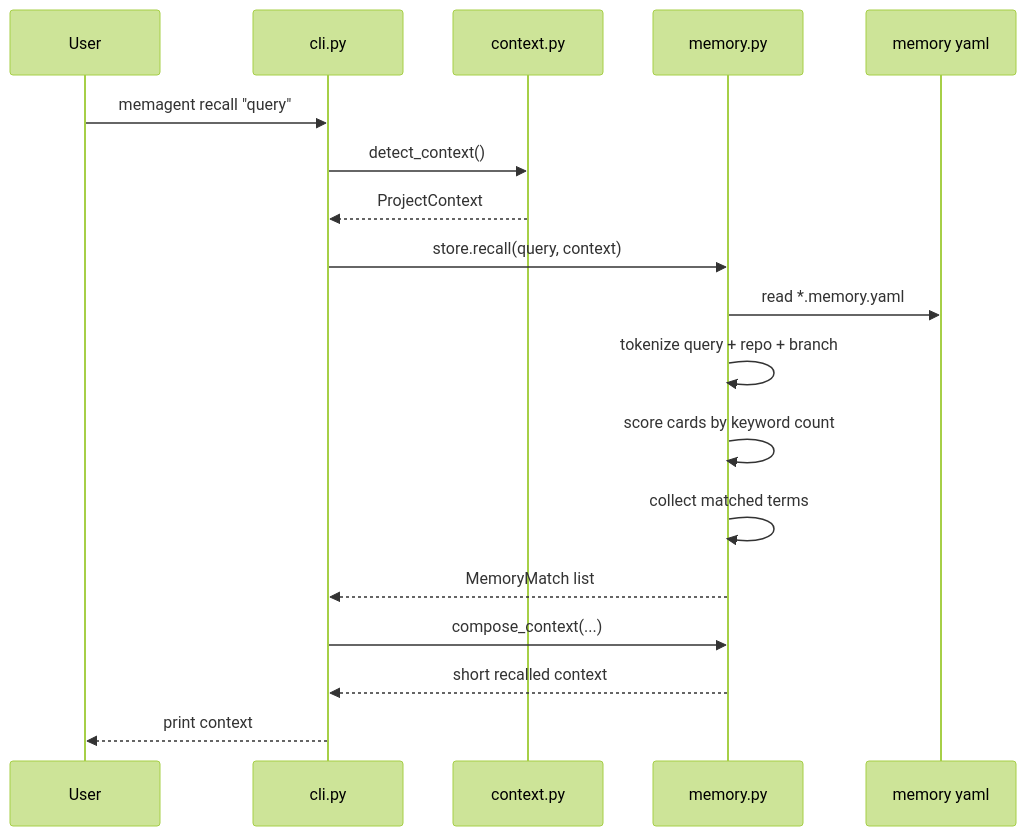
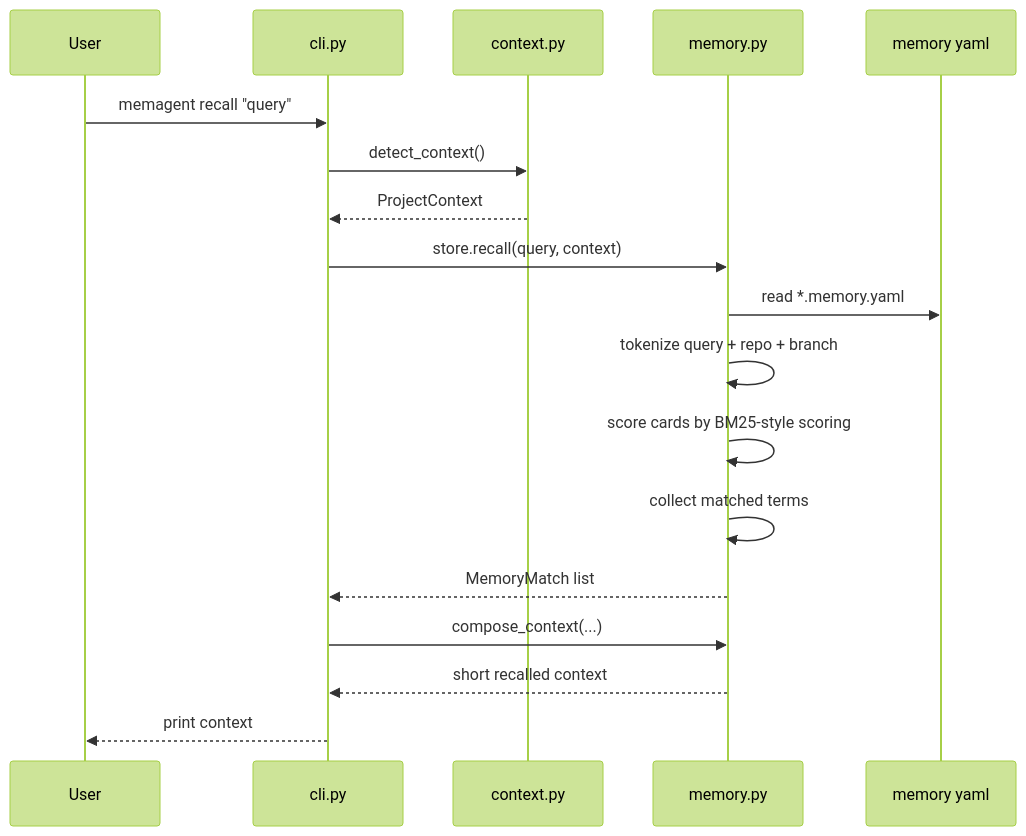
One commit to liuw55804-sys/MemAgent changed the third of 4 diagrams in docs/technical-walkthrough.md. Above: the diagram before and after it, drawn with Mermaid (forest theme). The commit also changed other lines of this file and 18 other files, not shown here.

````diff
--- a/docs/technical-walkthrough.md
+++ b/docs/technical-walkthrough.md
@@ -130,21 +130,21 @@
 ```mermaid
 sequenceDiagram
   participant U as User
   participant CLI as cli.py
   participant C as context.py
   participant M as memory.py
   participant F as memory yaml
 
   U->>CLI: memagent recall "query"
   CLI->>C: detect_context()
   C-->>CLI: ProjectContext
   CLI->>M: store.recall(query, context)
   M->>F: read *.memory.yaml
   M->>M: tokenize query + repo + branch
-  M->>M: score cards by keyword count
+  M->>M: score cards by BM25-style scoring
   M->>M: collect matched terms
   M-->>CLI: MemoryMatch list
   CLI->>M: compose_context(...)
   M-->>CLI: short recalled context
   CLI-->>U: print context
 ```
````
